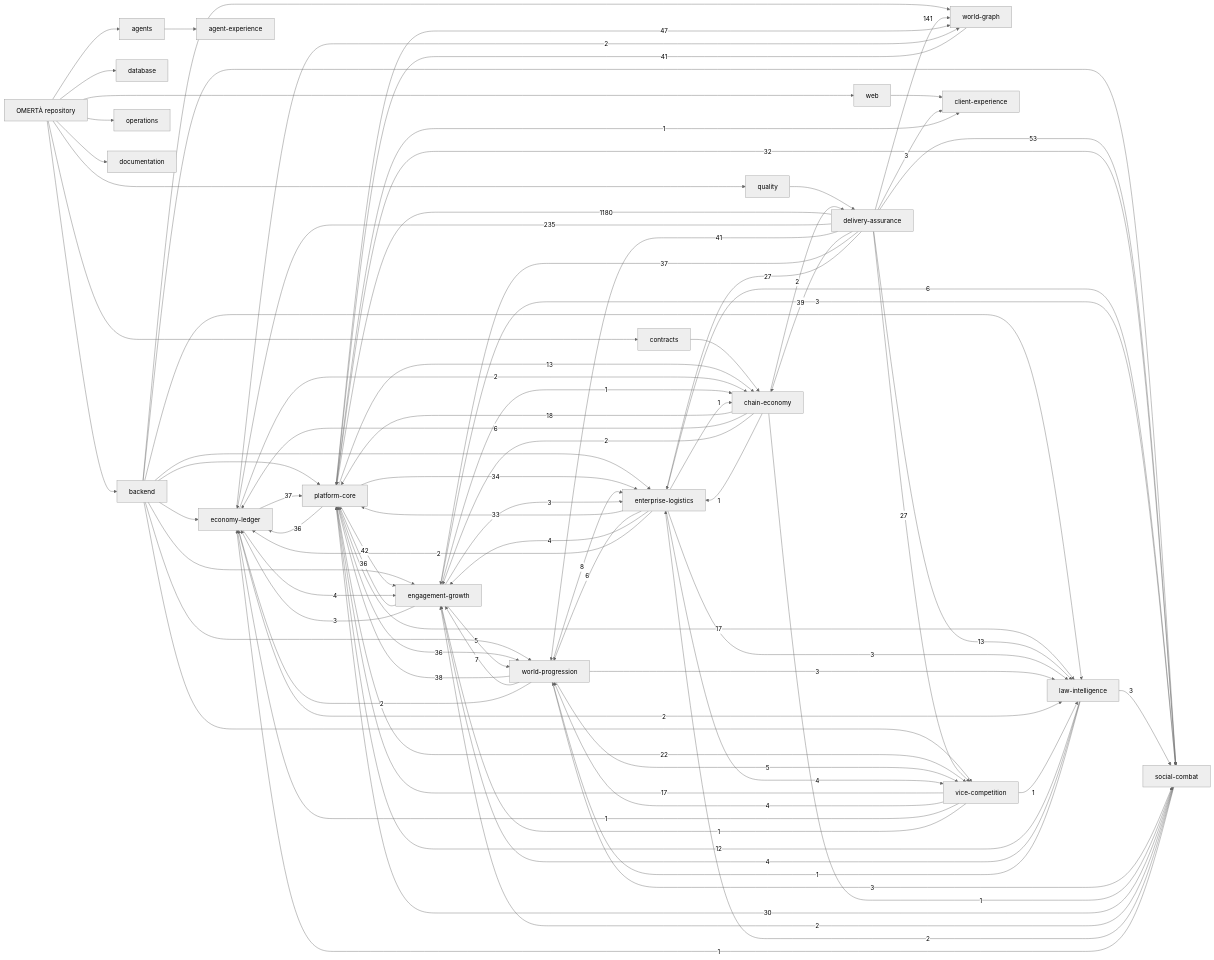
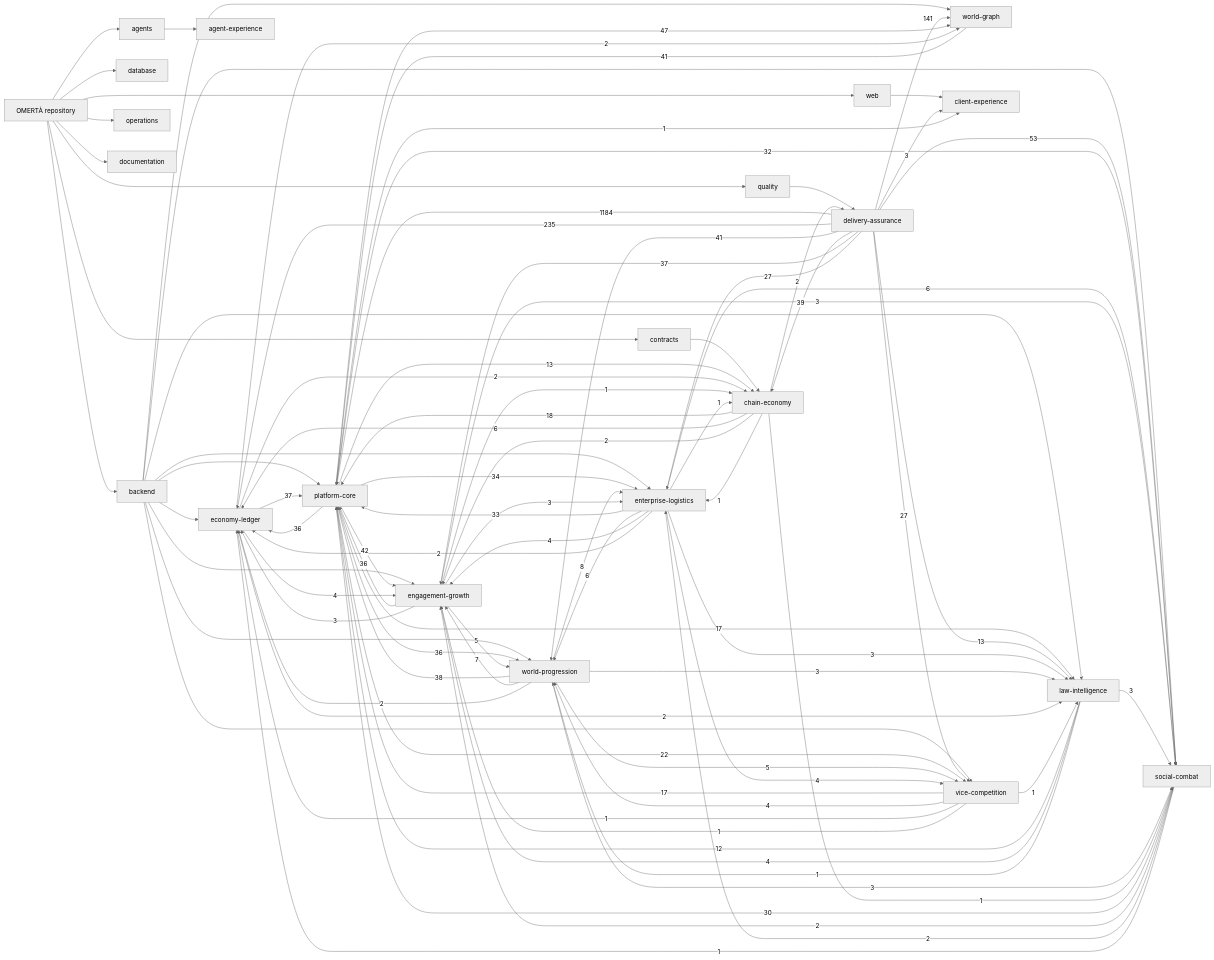
The diagram in knowledge/generated/graph.mmd (OmertaDev/Omerta), drawn with Mermaid (neutral theme) before and after one commit. The commit also changed 8 other files, not shown here.

```diff
--- a/knowledge/generated/graph.mmd
+++ b/knowledge/generated/graph.mmd
@@ -1,111 +1,111 @@
 flowchart LR
   repo["OMERTÀ repository"]
   sub_backend["backend"]
   repo --> sub_backend
   sub_database["database"]
   repo --> sub_database
   sub_web["web"]
   repo --> sub_web
   sub_contracts["contracts"]
   repo --> sub_contracts
   sub_agents["agents"]
   repo --> sub_agents
   sub_quality["quality"]
   repo --> sub_quality
   sub_operations["operations"]
   repo --> sub_operations
   sub_documentation["documentation"]
   repo --> sub_documentation
   dom_platform-core["platform-core"]
   dom_economy-ledger["economy-ledger"]
   dom_social-combat["social-combat"]
   dom_world-progression["world-progression"]
   dom_world-graph["world-graph"]
   dom_enterprise-logistics["enterprise-logistics"]
   dom_vice-competition["vice-competition"]
   dom_law-intelligence["law-intelligence"]
   dom_chain-economy["chain-economy"]
   dom_engagement-growth["engagement-growth"]
   dom_client-experience["client-experience"]
   dom_agent-experience["agent-experience"]
   dom_delivery-assurance["delivery-assurance"]
   sub_agents --> dom_agent-experience
   sub_backend --> dom_economy-ledger
   sub_backend --> dom_engagement-growth
   sub_backend --> dom_enterprise-logistics
   sub_backend --> dom_law-intelligence
   sub_backend --> dom_platform-core
   sub_backend --> dom_social-combat
   sub_backend --> dom_vice-competition
   sub_backend --> dom_world-graph
   sub_backend --> dom_world-progression
   sub_contracts --> dom_chain-economy
   sub_quality --> dom_delivery-assurance
   sub_web --> dom_client-experience
-  dom_delivery-assurance -->|1180| dom_platform-core
+  dom_delivery-assurance -->|1184| dom_platform-core
   dom_delivery-assurance -->|235| dom_economy-ledger
   dom_delivery-assurance -->|141| dom_world-graph
   dom_delivery-assurance -->|53| dom_social-combat
   dom_platform-core -->|47| dom_world-graph
   dom_platform-core -->|42| dom_engagement-growth
   dom_delivery-assurance -->|41| dom_world-progression
   dom_world-graph -->|41| dom_platform-core
   dom_delivery-assurance -->|39| dom_chain-economy
   dom_world-progression -->|38| dom_platform-core
   dom_delivery-assurance -->|37| dom_engagement-growth
   dom_economy-ledger -->|37| dom_platform-core
   dom_engagement-growth -->|36| dom_platform-core
   dom_platform-core -->|36| dom_economy-ledger
   dom_platform-core -->|36| dom_world-progression
   dom_platform-core -->|34| dom_enterprise-logistics
   dom_enterprise-logistics -->|33| dom_platform-core
   dom_platform-core -->|32| dom_social-combat
   dom_social-combat -->|30| dom_platform-core
   dom_delivery-assurance -->|27| dom_enterprise-logistics
   dom_delivery-assurance -->|27| dom_vice-competition
   dom_platform-core -->|22| dom_vice-competition
   dom_chain-economy -->|18| dom_platform-core
   dom_platform-core -->|17| dom_law-intelligence
   dom_vice-competition -->|17| dom_platform-core
   dom_delivery-assurance -->|13| dom_law-intelligence
   dom_platform-core -->|13| dom_chain-economy
   dom_law-intelligence -->|12| dom_platform-core
   dom_world-progression -->|8| dom_enterprise-logistics
   dom_world-progression -->|7| dom_engagement-growth
   dom_chain-economy -->|6| dom_economy-ledger
   dom_enterprise-logistics -->|6| dom_social-combat
   dom_enterprise-logistics -->|6| dom_world-progression
   dom_engagement-growth -->|5| dom_world-progression
   dom_world-progression -->|5| dom_vice-competition
   dom_economy-ledger -->|4| dom_engagement-growth
   dom_enterprise-logistics -->|4| dom_engagement-growth
   dom_enterprise-logistics -->|4| dom_vice-competition
   dom_law-intelligence -->|4| dom_engagement-growth
   dom_vice-competition -->|4| dom_world-progression
   dom_delivery-assurance -->|3| dom_client-experience
   dom_engagement-growth -->|3| dom_economy-ledger
   dom_engagement-growth -->|3| dom_enterprise-logistics
   dom_engagement-growth -->|3| dom_social-combat
   dom_enterprise-logistics -->|3| dom_law-intelligence
   dom_law-intelligence -->|3| dom_social-combat
   dom_world-progression -->|3| dom_law-intelligence
   dom_world-progression -->|3| dom_social-combat
   dom_chain-economy -->|2| dom_delivery-assurance
   dom_chain-economy -->|2| dom_engagement-growth
   dom_economy-ledger -->|2| dom_chain-economy
   dom_economy-ledger -->|2| dom_law-intelligence
   dom_economy-ledger -->|2| dom_world-graph
   dom_enterprise-logistics -->|2| dom_economy-ledger
   dom_social-combat -->|2| dom_engagement-growth
   dom_social-combat -->|2| dom_enterprise-logistics
   dom_world-progression -->|2| dom_economy-ledger
   dom_chain-economy -->|1| dom_enterprise-logistics
   dom_chain-economy -->|1| dom_social-combat
   dom_engagement-growth -->|1| dom_chain-economy
   dom_enterprise-logistics -->|1| dom_chain-economy
   dom_law-intelligence -->|1| dom_world-progression
   dom_platform-core -->|1| dom_client-experience
   dom_social-combat -->|1| dom_economy-ledger
   dom_vice-competition -->|1| dom_economy-ledger
   dom_vice-competition -->|1| dom_engagement-growth
   dom_vice-competition -->|1| dom_law-intelligence
```
